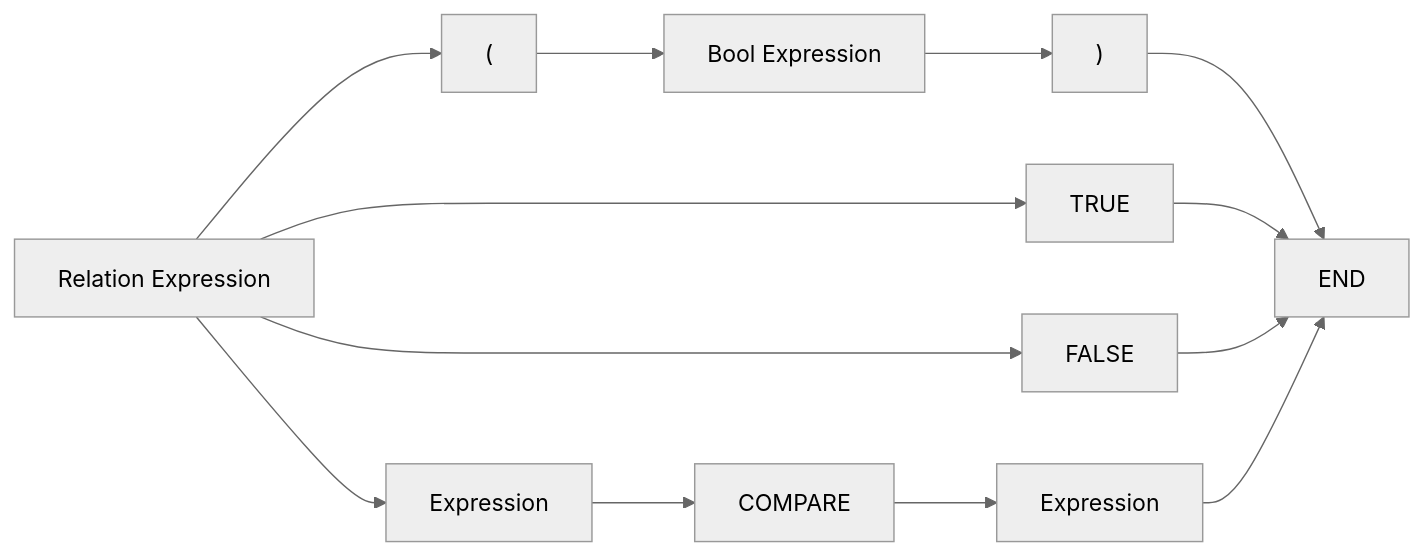
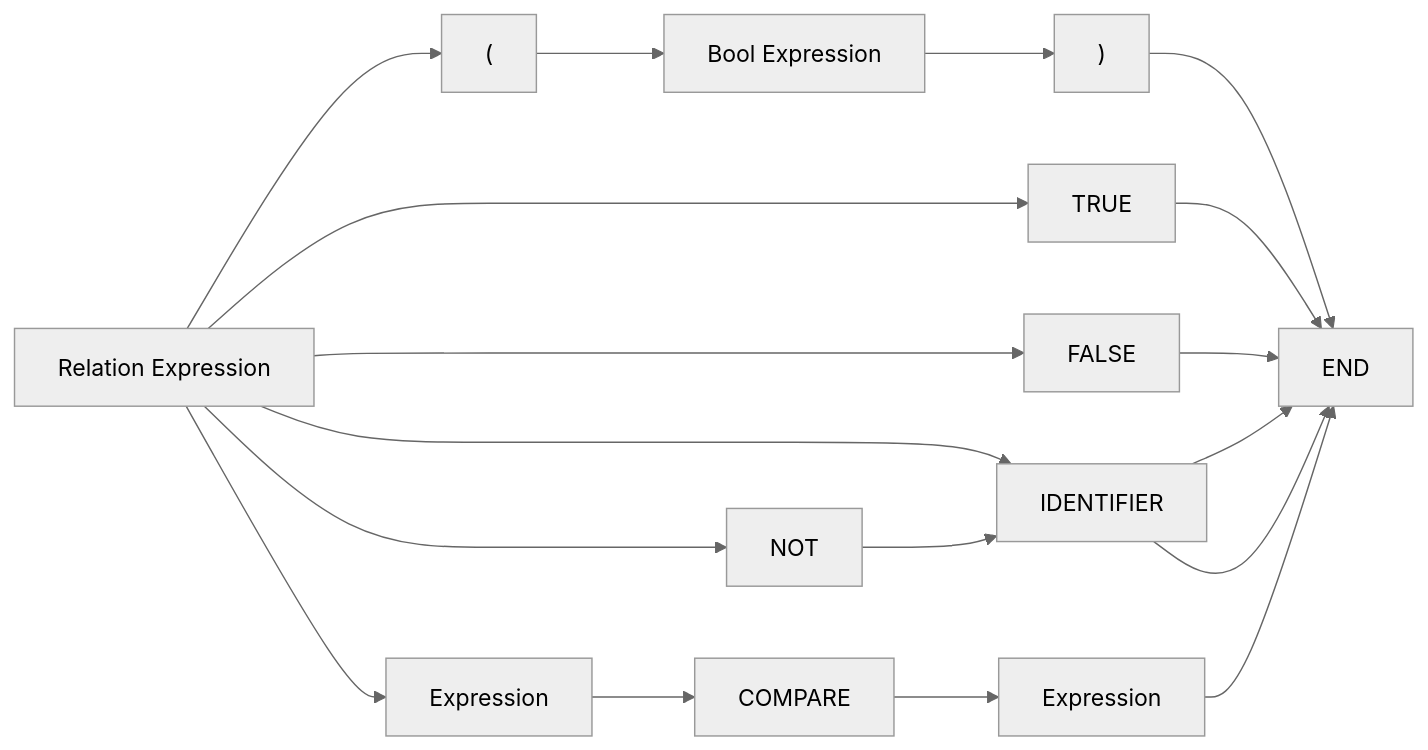
Before and after one commit to StephenHassall/sql-tools: the second of 5 diagrams in sql-template-condition.md, drawn with Mermaid (neutral theme). The commit also changed other lines of this file and 18 other files, not shown here.

````diff
--- a/sql-template-condition.md
+++ b/sql-template-condition.md
@@ -57,7 +56,9 @@
 ```mermaid
 flowchart LR;
     RE[Relation Expression] --> OB["("] --> BE[Bool Expression] --> CB[")"] --> END
     RE[Relation Expression] --> TRUE --> END
     RE[Relation Expression] --> FALSE --> END
+    RE[Relation Expression] --> IDENTIFIER --> END
+    RE[Relation Expression] --> NOT --> IDENTIFIER --> END
     RE[Relation Expression] --> E1[Expression] --> COMPARE --> E2[Expression] --> END
 ```
````
